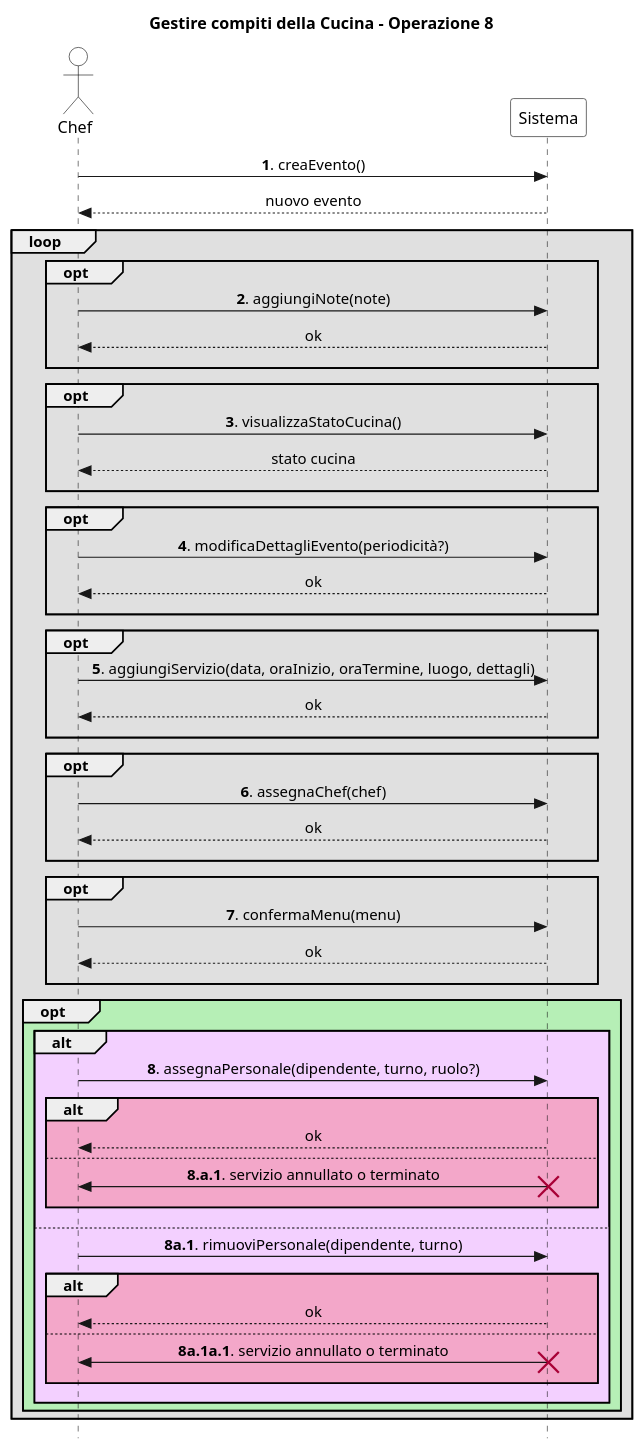
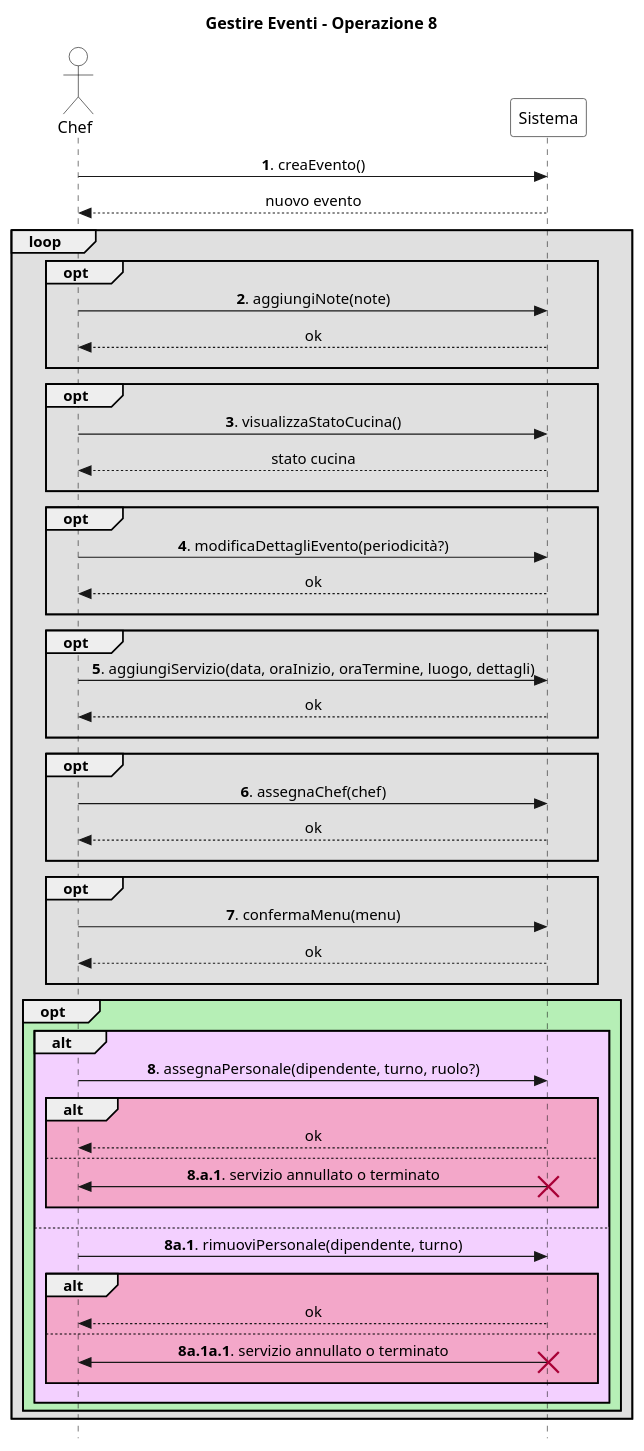
One commit to stefa168/sas-project changed the diagram in UP/Requisiti/UC Gestire Eventi/SSD/Estensioni-Eccezioni Op8.puml. Above: the diagram before and after it, drawn with PlantUML. The commit also changed 5 other files, not shown here.

```diff
--- a/UP/Requisiti/UC Gestire Eventi/SSD/Estensioni-Eccezioni Op8.puml
+++ b/UP/Requisiti/UC Gestire Eventi/SSD/Estensioni-Eccezioni Op8.puml
@@ -1,81 +1,81 @@
 @startuml
 skinparam Style strictuml
 skinparam SequenceMessageAlign center
 
 skinparam sequence {
     ActorBorderColor Black
     ActorBackgroundColor White
     ParticipantBorderColor Black
     ParticipantBackgroundColor White
 }
 
 actor Chef
 participant Sistema
 
-title Gestire compiti della Cucina - Operazione 8
+title Gestire Eventi - Operazione 8
 
 Chef -> Sistema: **1**. creaEvento()
 return nuovo evento
 
 loop #e0e0e0
     opt #e0e0e0
         Chef -> Sistema: **2**. aggiungiNote(note)
         return ok
         ||10||
     end
 
     opt #e0e0e0
         Chef -> Sistema: **3**. visualizzaStatoCucina()
         return stato cucina
         ||10||
     end
 
     opt #e0e0e0
         Chef -> Sistema: **4**. modificaDettagliEvento(periodicità?)
         return ok
         ||10||
     end
 
     opt #e0e0e0
         Chef -> Sistema: **5**. aggiungiServizio(data, oraInizio, oraTermine, luogo, dettagli)
         return ok
         ||10||
     end
 
     opt #e0e0e0
         Chef -> Sistema: **6**. assegnaChef(chef)
         return ok
         ||10||
     end
 
     opt #e0e0e0
         Chef -> Sistema: **7**. confermaMenu(menu)
         return ok
         ||10||
     end
 
     opt #b6efb6
         alt #f3d0ff
             Chef -> Sistema: **8**. assegnaPersonale(dipendente, turno, ruolo?)
             alt #f3a7c9
                 return ok
             else
                 Chef <- Sistema: **8.a.1**. servizio annullato o terminato
                 destroy Sistema
                 ||10||
             end
             ||10||
         else
             Chef -> Sistema: **8a.1**. rimuoviPersonale(dipendente, turno)
             alt #f3a7c9
                 return ok
             else
                 Chef <- Sistema: **8a.1a.1**. servizio annullato o terminato
                 destroy Sistema
                 ||10||
             end
             ||10||
         end
     end
 end
 @enduml
```
